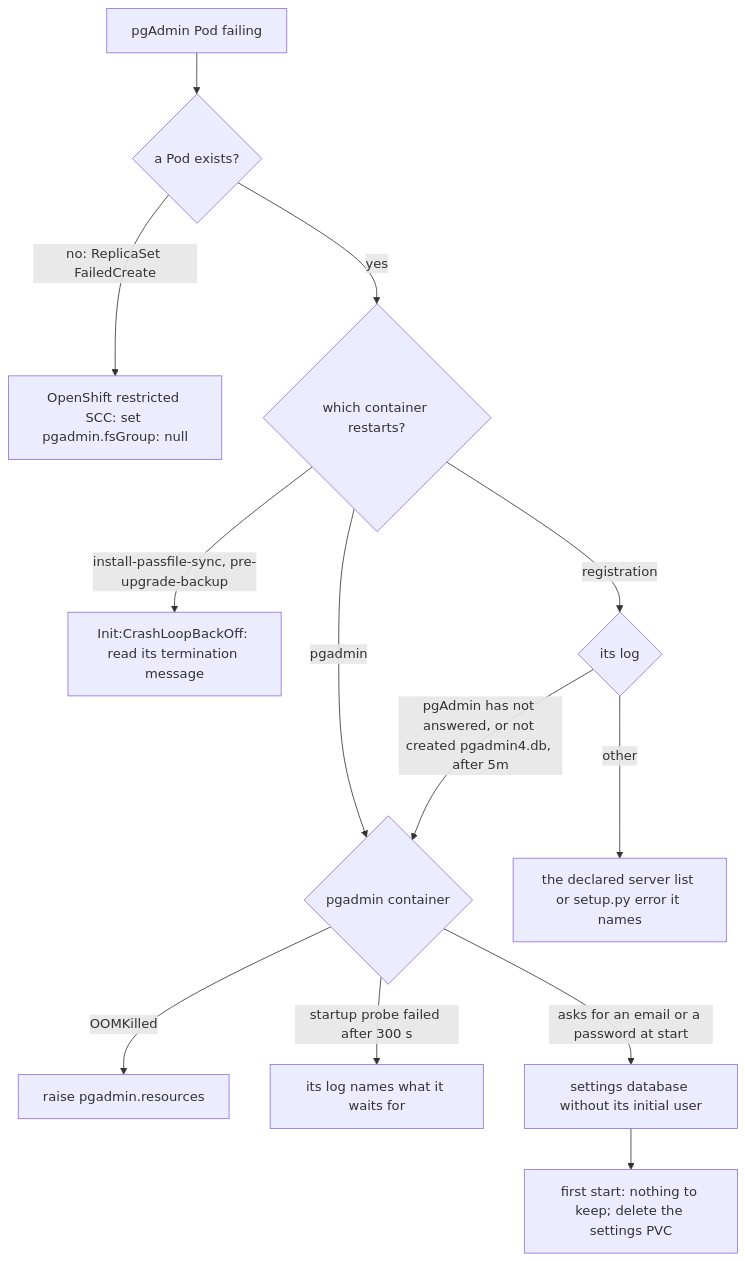
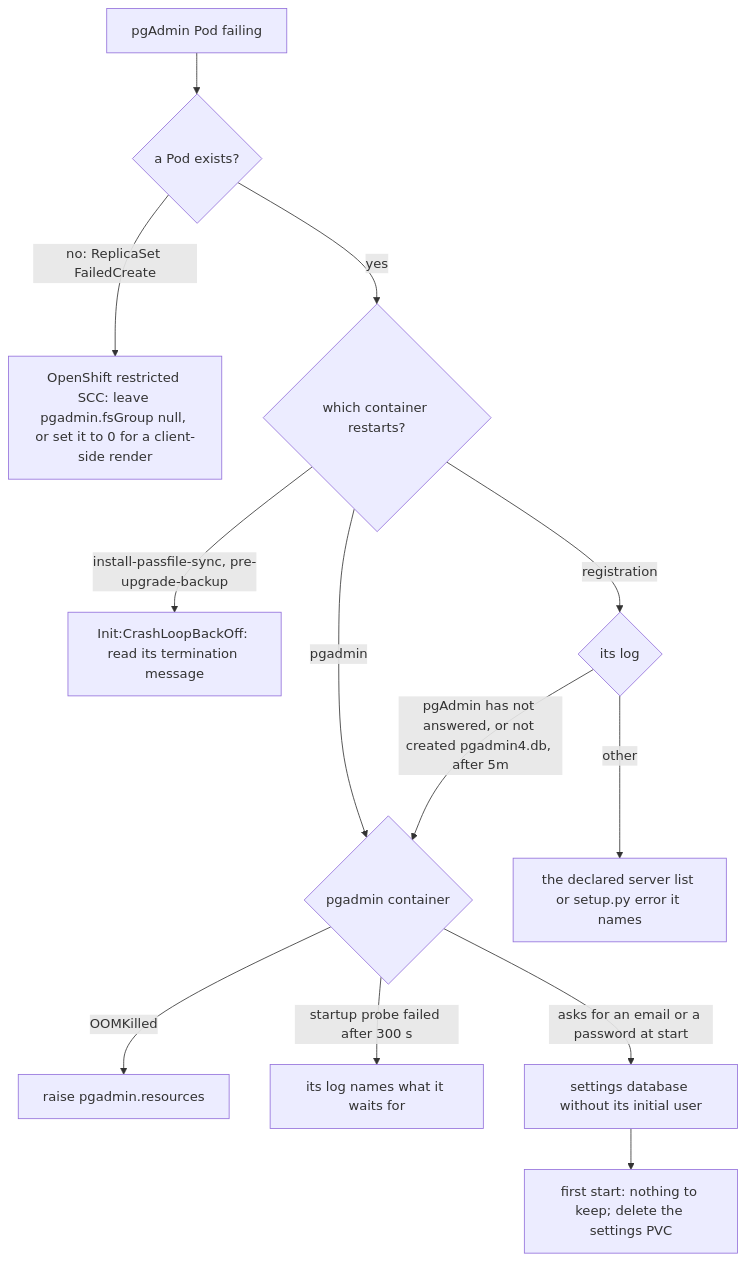
Before and after one commit to fyannk/pgToolBox: the fourth of 7 diagrams in docs/site/docs/guides/troubleshooting.md, drawn with Mermaid. The commit also changed other lines of this file and 291 other files, not shown here.

````diff
--- a/docs/site/docs/guides/troubleshooting.md
+++ b/docs/site/docs/guides/troubleshooting.md
@@ -130,15 +130,15 @@
 ```mermaid
 flowchart TB
   start["pgAdmin Pod failing"] --> exists{"a Pod exists?"}
-  exists -->|"no: ReplicaSet FailedCreate"| scc["OpenShift restricted SCC: set pgadmin.fsGroup: null"]
+  exists -->|"no: ReplicaSet FailedCreate"| scc["OpenShift restricted SCC: leave pgadmin.fsGroup null, or set it to 0 for a client-side render"]
   exists -->|yes| which{"which container restarts?"}
   which -->|"install-passfile-sync, pre-upgrade-backup"| init["Init:CrashLoopBackOff: read its termination message"]
   which -->|registration| reglog{"its log"}
   reglog -->|"pgAdmin has not answered, or not created pgadmin4.db, after 5m"| pg
   reglog -->|other| regerr["the declared server list or setup.py error it names"]
   which -->|pgadmin| pg{"pgadmin container"}
   pg -->|OOMKilled| mem["raise pgadmin.resources"]
   pg -->|"startup probe failed after 300 s"| plog["its log names what it waits for"]
   pg -->|"asks for an email or a password at start"| nouser["settings database without its initial user"]
   nouser --> fresh["first start: nothing to keep; delete the settings PVC"]
 ```
````
